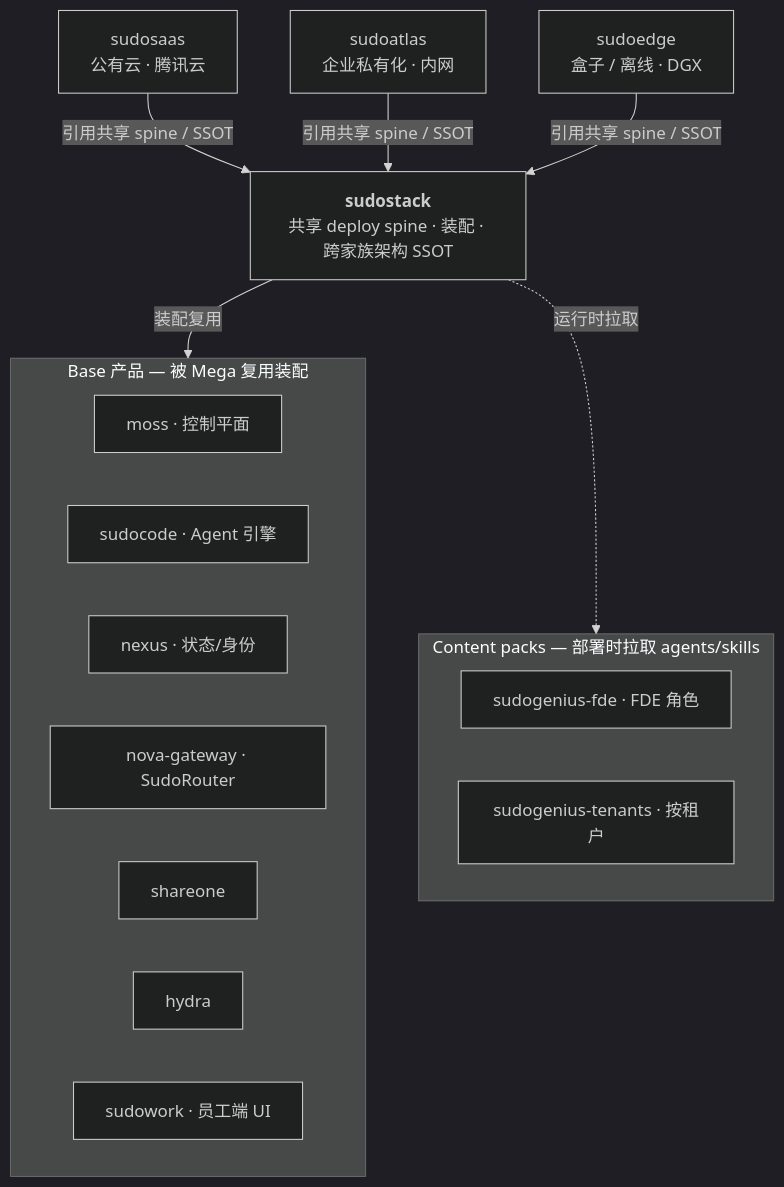
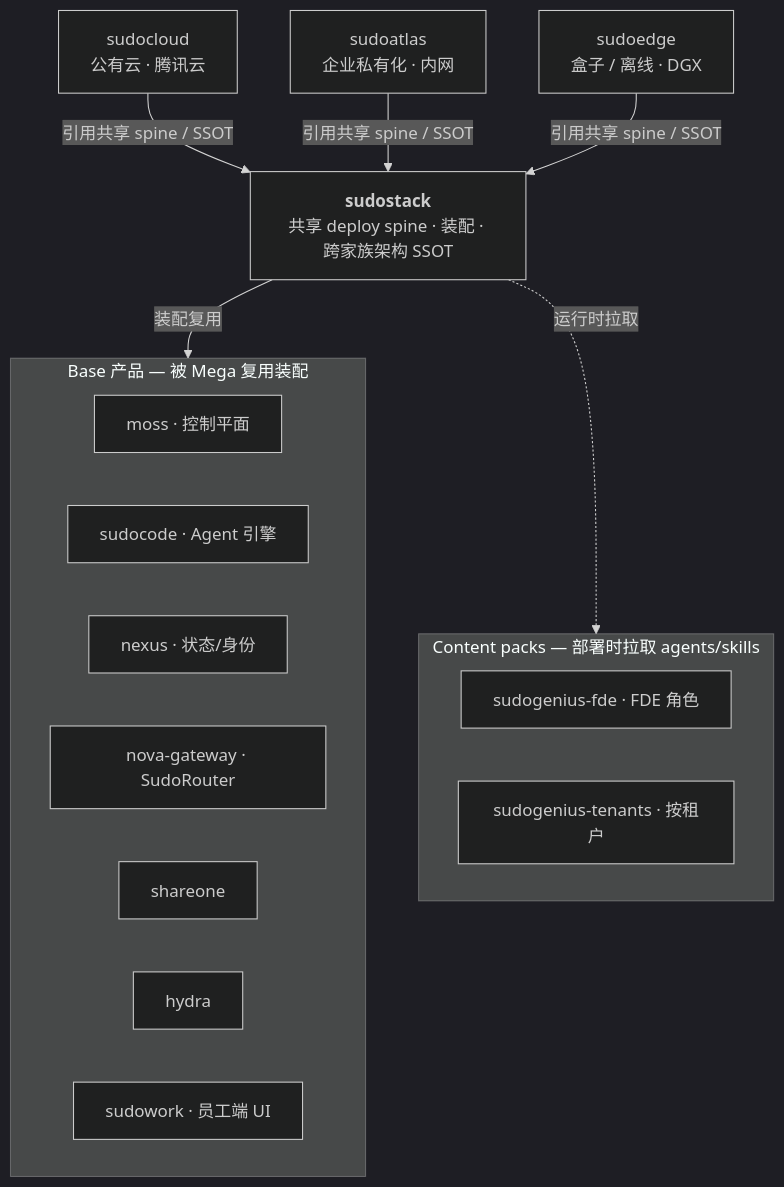
One commit to sudoprivacy/sudostack changed the first of 2 diagrams in README.md. Above: the diagram before and after it, drawn with Mermaid (dark theme). The commit also changed other lines of this file, not shown here.

Commit message:
docs(readme): rename Sudo SaaS to Sudo Cloud (sudosaas -> sudocloud)

````diff
--- a/README.md
+++ b/README.md
@@ -20,31 +20,31 @@
 ```mermaid
 flowchart TB
-  SAAS["sudosaas<br/>公有云 · 腾讯云"]
+  CLOUD["sudocloud<br/>公有云 · 腾讯云"]
   ATLAS["sudoatlas<br/>企业私有化 · 内网"]
   EDGE["sudoedge<br/>盒子 / 离线 · DGX"]
 
   STACK["<b>sudostack</b><br/>共享 deploy spine · 装配 · 跨家族架构 SSOT"]
 
   subgraph BASE["Base 产品 — 被 Mega 复用装配"]
     direction LR
     MOSS["moss · 控制平面"]
     SCODE["sudocode · Agent 引擎"]
     NEXUS["nexus · 状态/身份"]
     ROUTER["nova-gateway · SudoRouter"]
     SHARE["shareone"]
     HYDRA["hydra"]
     SW["sudowork · 员工端 UI"]
   end
 
   subgraph PACKS["Content packs — 部署时拉取 agents/skills"]
     direction LR
     FDE["sudogenius-fde · FDE 角色"]
     TEN["sudogenius-tenants · 按租户"]
   end
 
-  SAAS -->|引用共享 spine / SSOT| STACK
+  CLOUD -->|引用共享 spine / SSOT| STACK
   ATLAS -->|引用共享 spine / SSOT| STACK
   EDGE -->|引用共享 spine / SSOT| STACK
   STACK -->|装配复用| BASE
   STACK -.->|运行时拉取| PACKS
 ```
````
